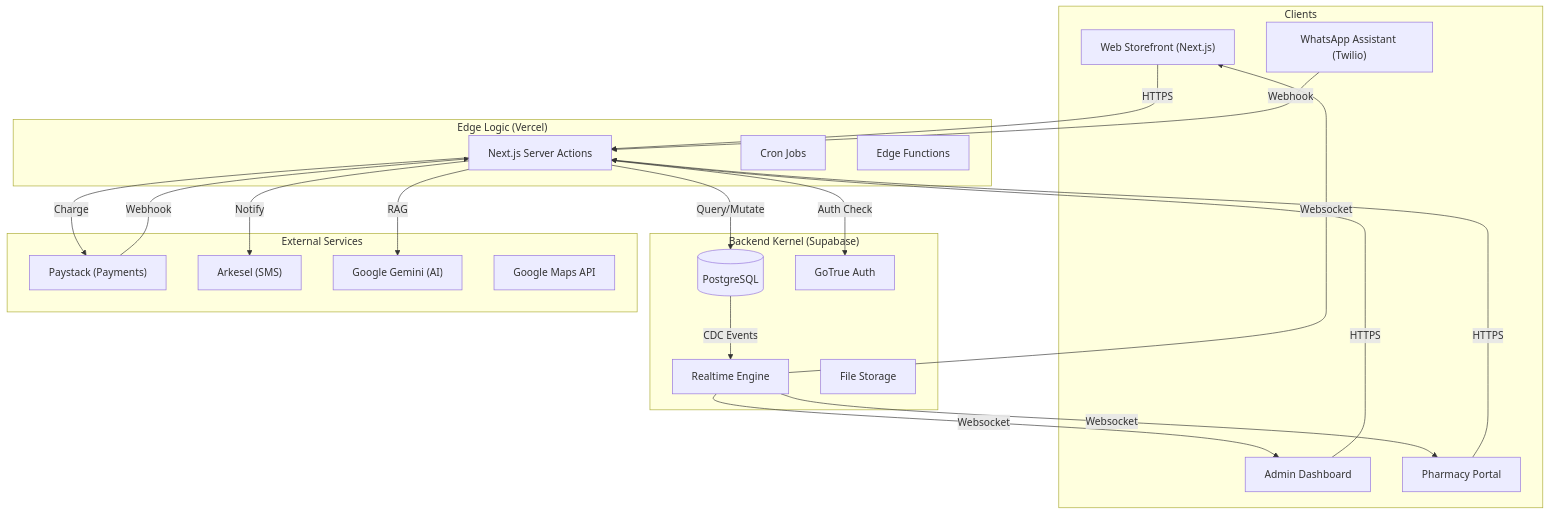
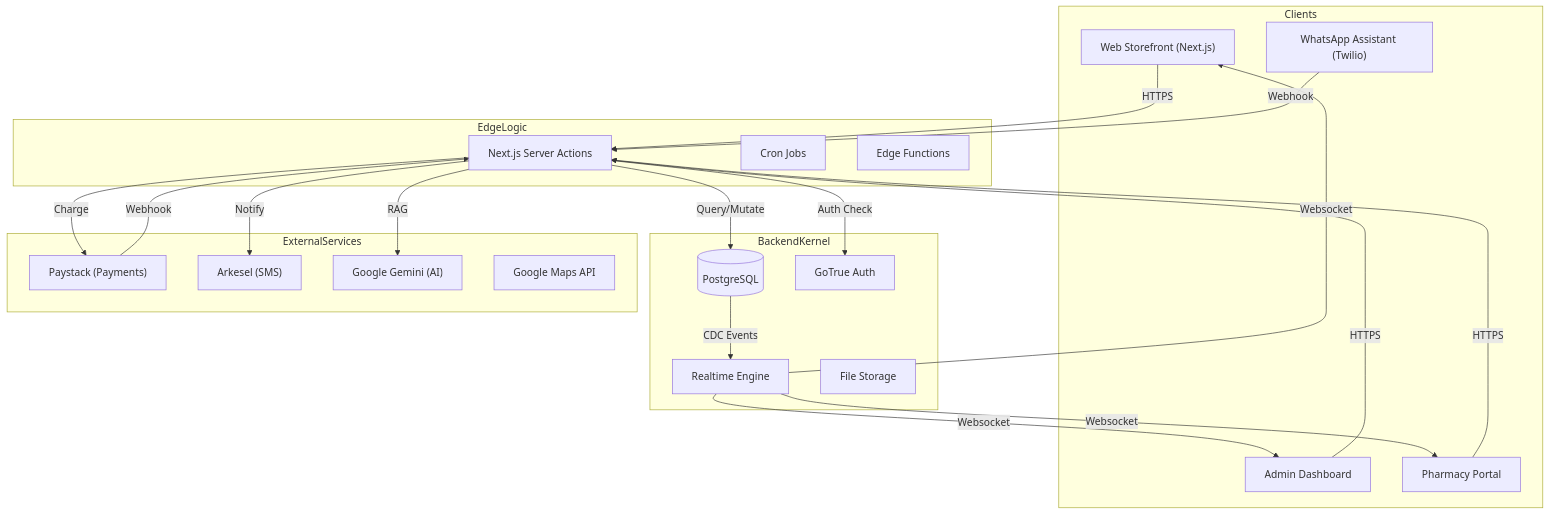
The first of 3 diagrams in docs/SYSTEM_DESIGN.md (naeemAbdul-Aziz/discreetkit), drawn with Mermaid before and after one commit. The commit also changed 8 other files, not shown here.

````diff
--- a/docs/SYSTEM_DESIGN.md
+++ b/docs/SYSTEM_DESIGN.md
@@ -185,49 +185,49 @@
 ```mermaid
 graph TD
     subgraph Clients
         Web["Web Storefront (Next.js)"]
         WA["WhatsApp Assistant (Twilio)"]
         Admin["Admin Dashboard"]
         Pharm["Pharmacy Portal"]
     end
 
-    subgraph "Backend Kernel (Supabase)"
+    subgraph BackendKernel
         DB[("PostgreSQL")]
         Auth["GoTrue Auth"]
         Realitme["Realtime Engine"]
         Storage["File Storage"]
     end
 
-    subgraph "Edge Logic (Vercel)"
+    subgraph EdgeLogic
         API["Next.js Server Actions"]
         Cron["Cron Jobs"]
         BaaS["Edge Functions"]
     end
 
-    subgraph "External Services"
+    subgraph ExternalServices
         Paystack["Paystack (Payments)"]
         Arkesel["Arkesel (SMS)"]
         Genkit["Google Gemini (AI)"]
         Maps["Google Maps API"]
     end
 
     Web -->|HTTPS| API
     Admin -->|HTTPS| API
     Pharm -->|HTTPS| API
     
     WA -->|Webhook| API
     
     API -->|Query/Mutate| DB
     API -->|Auth Check| Auth
     
     API -->|Charge| Paystack
     API -->|Notify| Arkesel
     API -->|RAG| Genkit
     
     Paystack -->|Webhook| API
     
     DB -->|CDC Events| Realitme
     Realitme -->|Websocket| Admin
     Realitme -->|Websocket| Pharm
     Realitme -->|Websocket| Web
 ```
````
